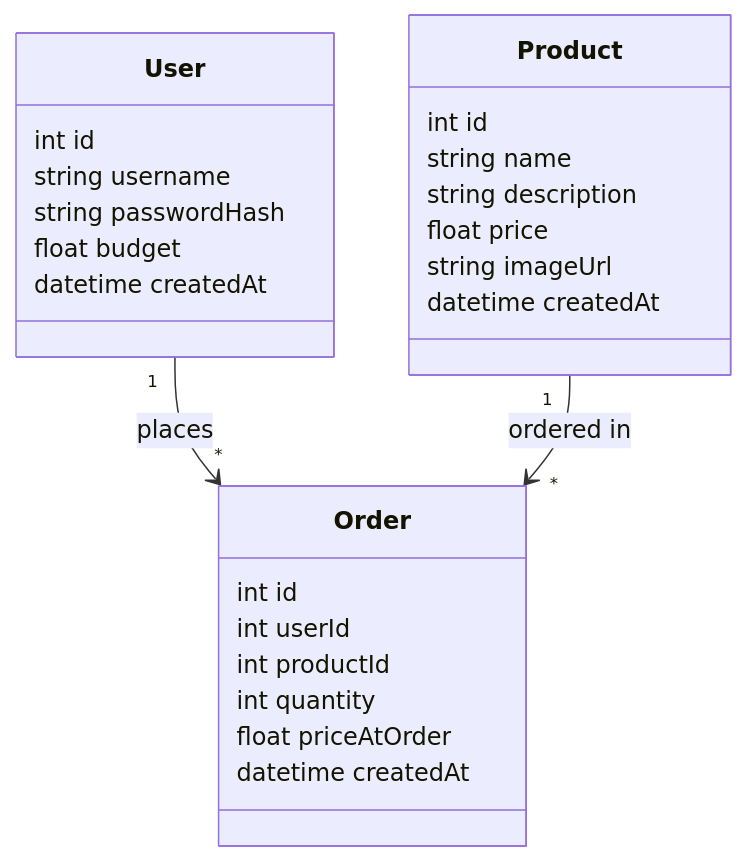
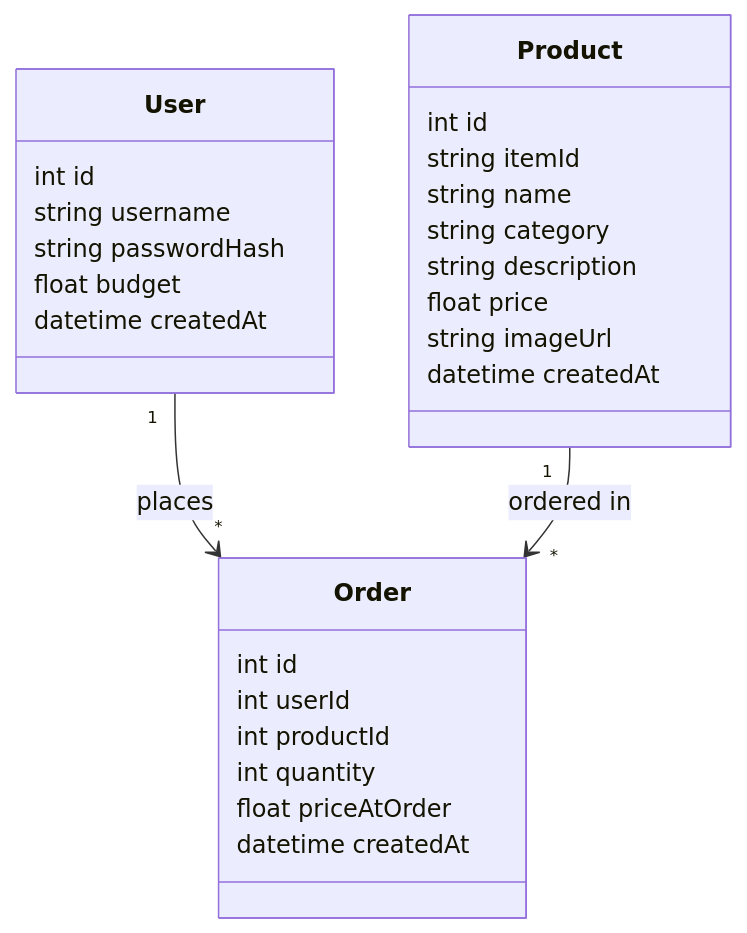
Before and after one commit to JohntyR/my-furniture-buyer-app: the diagram in architecture.md, drawn with Mermaid. The commit also changed other lines of this file and 11 other files, not shown here.

````diff
--- a/architecture.md
+++ b/architecture.md
@@ -3,28 +3,30 @@
 ```mermaid
 classDiagram
     class User {
         int id
         string username
         string passwordHash
         float budget
         datetime createdAt
     }
     class Product {
         int id
+        string itemId
         string name
+        string category
         string description
         float price
         string imageUrl
         datetime createdAt
     }
     class Order {
         int id
         int userId
         int productId
         int quantity
         float priceAtOrder
         datetime createdAt
     }
     User "1" --> "*" Order : places
     Product "1" --> "*" Order : ordered in
 ```
````
